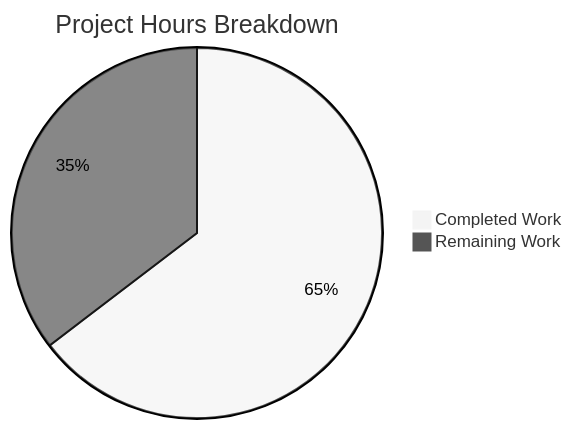
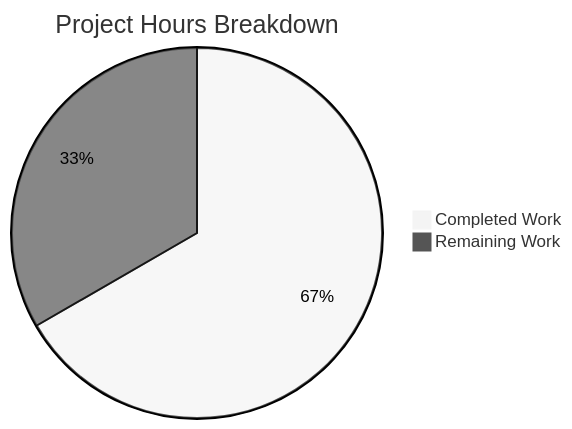
One commit to Sandeep02Kumar02/Refactor-ExistingProject-30-dec changed the diagram in blitzy/documentation/Project Guide.md. Above: the diagram before and after it, drawn with Mermaid (neutral theme). The commit also changed other lines of this file, not shown here.

Commit message:
Adding Blitzy Project Guide: Project Status and Human Tasks Remaining

````diff
--- a/blitzy/documentation/Project Guide.md
+++ b/blitzy/documentation/Project Guide.md
@@ -34,5 +93,5 @@
 ```mermaid
 pie title Project Hours Breakdown
-    "Completed Work" : 95
-    "Remaining Work" : 52
+    "Completed Work" : 80
+    "Remaining Work" : 40
 ```
````
